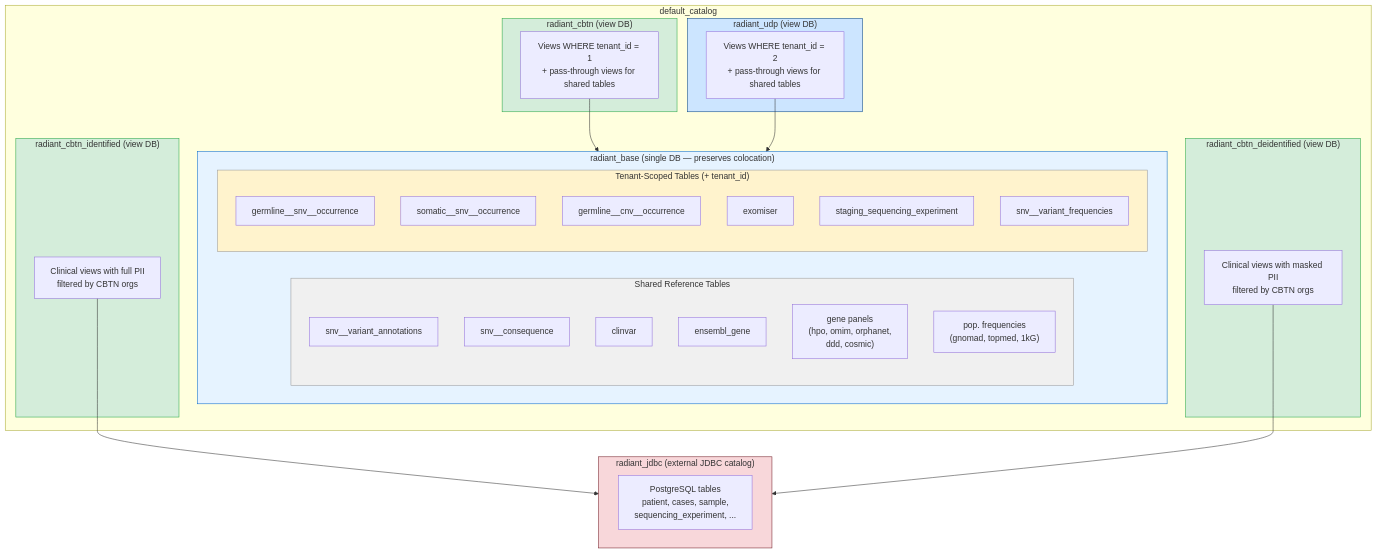
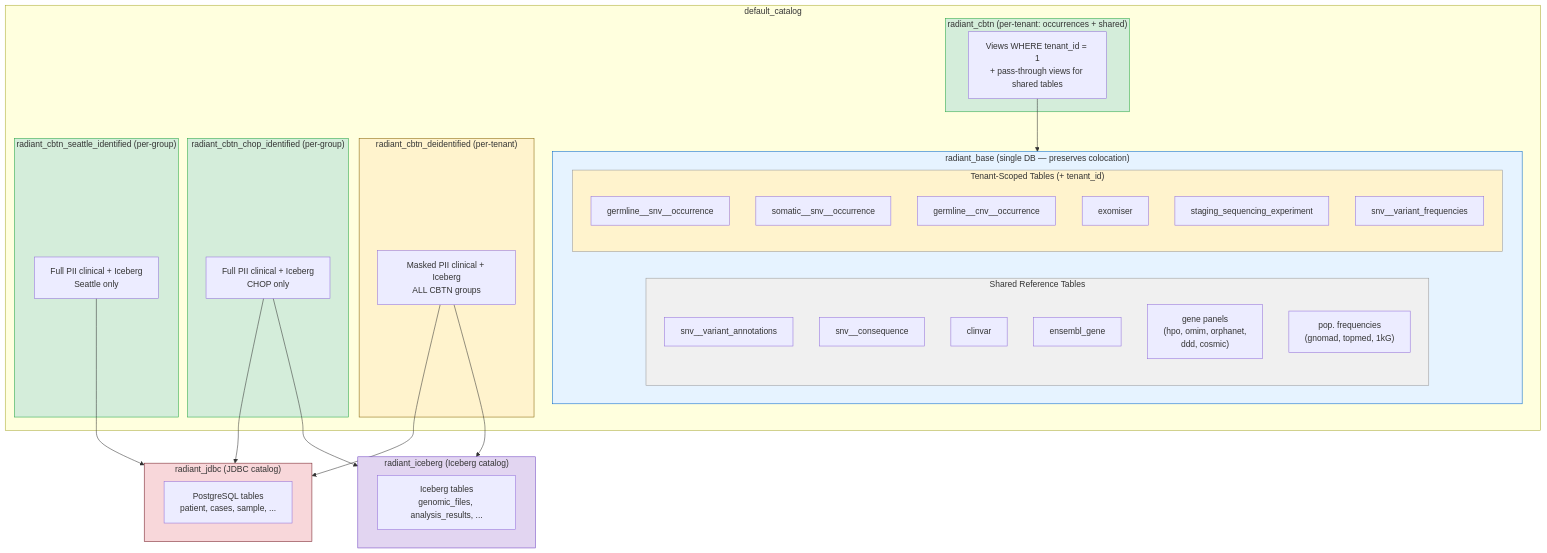
One commit to radiant-network/radiant-portal changed the fourth of 9 diagrams in docs/adr/multi-tenancy-security.md. Above: the diagram before and after it, drawn with Mermaid. The commit also changed other lines of this file, not shown here.

Commit message:
docs(adr): SJRA-0000 add per-group identified access and iceberg catalog

````diff
--- a/docs/adr/multi-tenancy-security.md
+++ b/docs/adr/multi-tenancy-security.md
@@ -1247,55 +1334,62 @@
 ```mermaid
 graph TB
     subgraph "default_catalog"
         subgraph radiant_base ["radiant_base (single DB — preserves colocation)"]
             direction LR
             subgraph shared ["Shared Reference Tables"]
                 SV[snv__variant_annotations]
                 SC[snv__consequence]
                 CL[clinvar]
                 EG[ensembl_gene]
                 GP["gene panels<br/>(hpo, omim, orphanet,<br/>ddd, cosmic)"]
                 PF["pop. frequencies<br/>(gnomad, topmed, 1kG)"]
             end
             subgraph tenant_scoped ["Tenant-Scoped Tables (+ tenant_id)"]
                 GSO[germline__snv__occurrence]
                 SSO[somatic__snv__occurrence]
                 GCO[germline__cnv__occurrence]
                 EX[exomiser]
                 SSE[staging_sequencing_experiment]
                 SVF[snv__variant_frequencies]
             end
         end
 
-        subgraph views_cbtn ["radiant_cbtn (view DB)"]
+        subgraph views_cbtn ["radiant_cbtn (per-tenant: occurrences + shared)"]
             V1["Views WHERE tenant_id = 1<br/>+ pass-through views for shared tables"]
         end
-        subgraph views_cbtn_id ["radiant_cbtn_identified (view DB)"]
-            V2["Clinical views with full PII<br/>filtered by CBTN orgs"]
+        subgraph views_deid ["radiant_cbtn_deidentified (per-tenant)"]
+            V2["Masked PII clinical + Iceberg<br/>ALL CBTN groups"]
         end
-        subgraph views_cbtn_deid ["radiant_cbtn_deidentified (view DB)"]
-            V3["Clinical views with masked PII<br/>filtered by CBTN orgs"]
+        subgraph views_chop ["radiant_cbtn_chop_identified (per-group)"]
+            V3["Full PII clinical + Iceberg<br/>CHOP only"]
         end
-        subgraph views_udp ["radiant_udp (view DB)"]
-            V4["Views WHERE tenant_id = 2<br/>+ pass-through views for shared tables"]
+        subgraph views_sea ["radiant_cbtn_seattle_identified (per-group)"]
+            V4["Full PII clinical + Iceberg<br/>Seattle only"]
         end
     end
 
-    subgraph jdbc ["radiant_jdbc (external JDBC catalog)"]
-        PG_T["PostgreSQL tables<br/>patient, cases, sample,<br/>sequencing_experiment, ..."]
+    subgraph jdbc ["radiant_jdbc (JDBC catalog)"]
+        PG_T["PostgreSQL tables<br/>patient, cases, sample, ..."]
+    end
+
+    subgraph iceberg ["radiant_iceberg (Iceberg catalog)"]
+        ICE_T["Iceberg tables<br/>genomic_files, analysis_results, ..."]
     end
 
     V1 --> radiant_base
     V2 --> jdbc
+    V2 --> iceberg
     V3 --> jdbc
-    V4 --> radiant_base
+    V3 --> iceberg
+    V4 --> jdbc
 
     style radiant_base fill:#e6f3ff,stroke:#0066cc
     style shared fill:#f0f0f0,stroke:#999
     style tenant_scoped fill:#fff3cd,stroke:#999
     style views_cbtn fill:#d4edda,stroke:#28a745
-    style views_cbtn_id fill:#d4edda,stroke:#28a745
-    style views_cbtn_deid fill:#d4edda,stroke:#28a745
-    style views_udp fill:#cce5ff,stroke:#004085
+    style views_deid fill:#fff3cd,stroke:#856404
+    style views_chop fill:#d4edda,stroke:#28a745
+    style views_sea fill:#d4edda,stroke:#28a745
     style jdbc fill:#f8d7da,stroke:#721c24
+    style iceberg fill:#e2d5f1,stroke:#6f42c1
 ```
````
